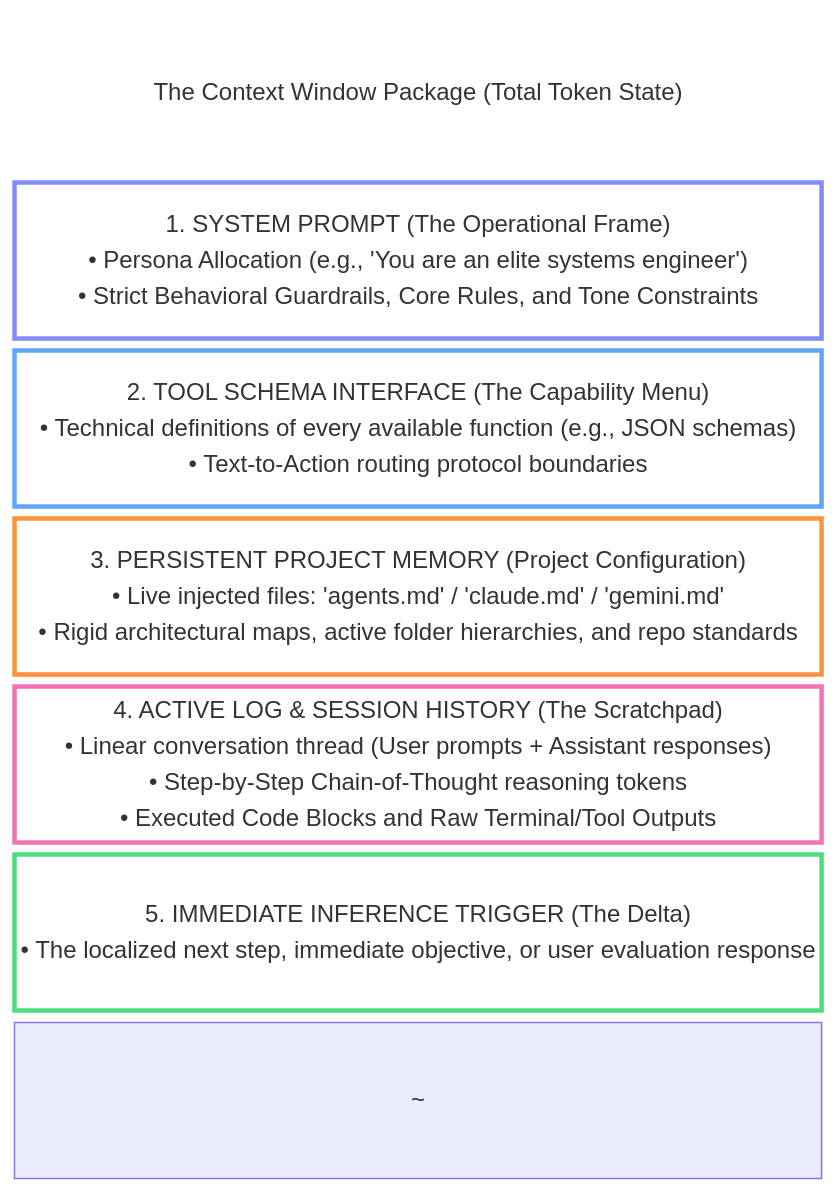
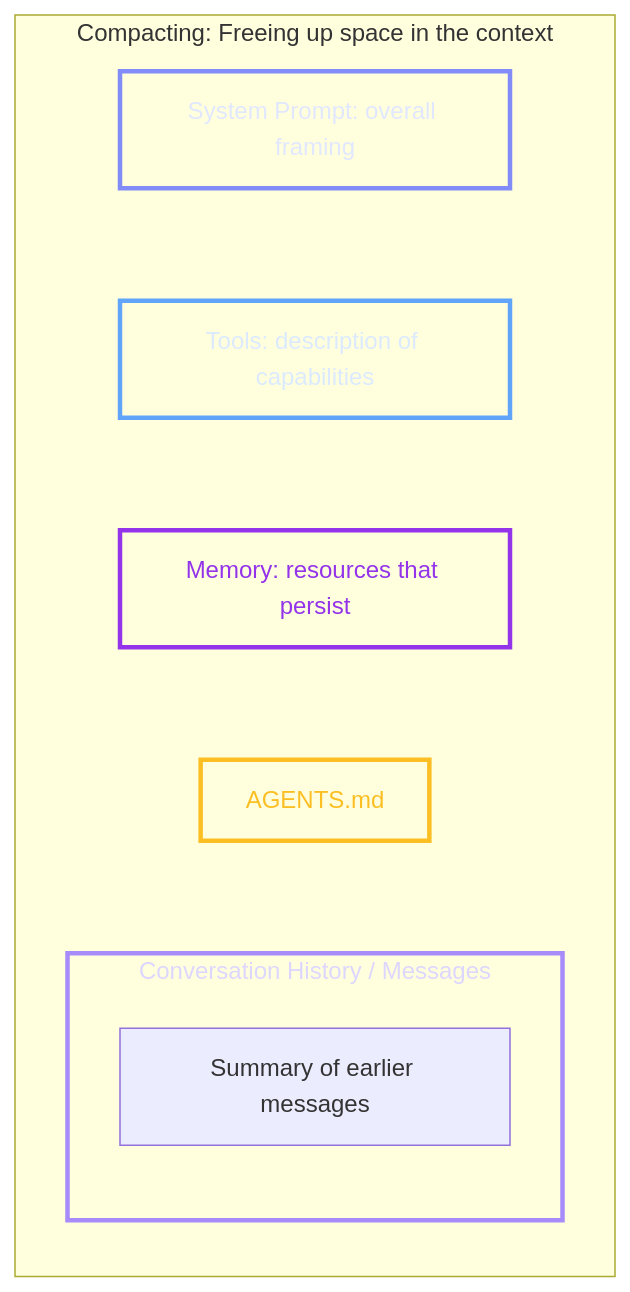
The second of 2 diagrams in 02/02_ContextEngineering.md (nirajp82/AICoder), drawn with Mermaid before and after one commit. The commit also changed other lines of this file, not shown here.

````diff
--- a/02/02_ContextEngineering.md
+++ b/02/02_ContextEngineering.md
@@ -25,36 +154,30 @@
 ```mermaid
-block-beta
-    columns 1
-    Title["The Context Window Package (Total Token State)"]
+flowchart TD
+    subgraph CompactedStack [Compacting: Freeing up space in the context]
+        direction TB
+        SP[System Prompt: overall framing]
+        T[Tools: description of capabilities]
+        M[Memory: resources that persist]
+        A[AGENTS.md]
+        
+        subgraph CH [Conversation History / Messages]
+            direction TB
+            Summ[Summary of earlier messages]
+        end
+        
+        SP ~~~ T ~~~ M ~~~ A ~~~ CH
+    end
     
-    SystemPrompt["1. SYSTEM PROMPT (The Operational Frame)
-    • Persona Allocation (e.g., 'You are an elite systems engineer')
-    • Strict Behavioral Guardrails, Core Rules, and Tone Constraints"]
+    classDef layer1 fill:none,stroke:#818cf8,stroke-width:3px,color:#e0e7ff;
+    classDef layer2 fill:none,stroke:#60a5fa,stroke-width:3px,color:#dbeafe;
+    classDef layer3 fill:none,stroke:#9333ea,stroke-width:3px,color:#9333ea;
+    classDef layerYellow fill:none,stroke:#fbbf24,stroke-width:3px,color:#fbbf24;
+    classDef layer4 fill:none,stroke:#a78bfa,stroke-width:3px,color:#ddd6fe;
     
-    Tools["2. TOOL SCHEMA INTERFACE (The Capability Menu)
-    • Technical definitions of every available function (e.g., JSON schemas)
-    • Text-to-Action routing protocol boundaries"]
-    
-    AgentsMD["3. PERSISTENT PROJECT MEMORY (Project Configuration)
-    • Live injected files: 'agents.md' / 'claude.md' / 'gemini.md'
-    • Rigid architectural maps, active folder hierarchies, and repo standards"]
-    
-    History["4. ACTIVE LOG & SESSION HISTORY (The Scratchpad)
-    • Linear conversation thread (User prompts + Assistant responses)
-    • Step-by-Step Chain-of-Thought reasoning tokens
-    • Executed Code Blocks and Raw Terminal/Tool Outputs"]
-    
-    NewPrompt["5. IMMEDIATE INFERENCE TRIGGER (The Delta)
-    • The localized next step, immediate objective, or user evaluation response"]
-    
-    Title ~ SystemPrompt ~ Tools ~ AgentsMD ~ History ~ NewPrompt
-    
-    %% Dark Mode Harmonized Styling (Transparent Fills + Distinct Borders + Safe Text Colors)
-    style Title fill:none,stroke:#ffffff,stroke-width:2px,color:#ffffff
-    style SystemPrompt fill:none,stroke:#818cf8,stroke-width:3px,color:#e0e7ff
-    style Tools fill:none,stroke:#60a5fa,stroke-width:3px,color:#dbeafe
-    style AgentsMD fill:none,stroke:#fb923c,stroke-width:3px,color:#ffedd5
-    style History fill:none,stroke:#f472b6,stroke-width:3px,color:#fce7f3
-    style NewPrompt fill:none,stroke:#4ade80,stroke-width:3px,color:#dcfce3
+    class SP layer1;
+    class T layer2;
+    class M layer3;
+    class A layerYellow;
+    class CH layer4;
 
 ```
````
